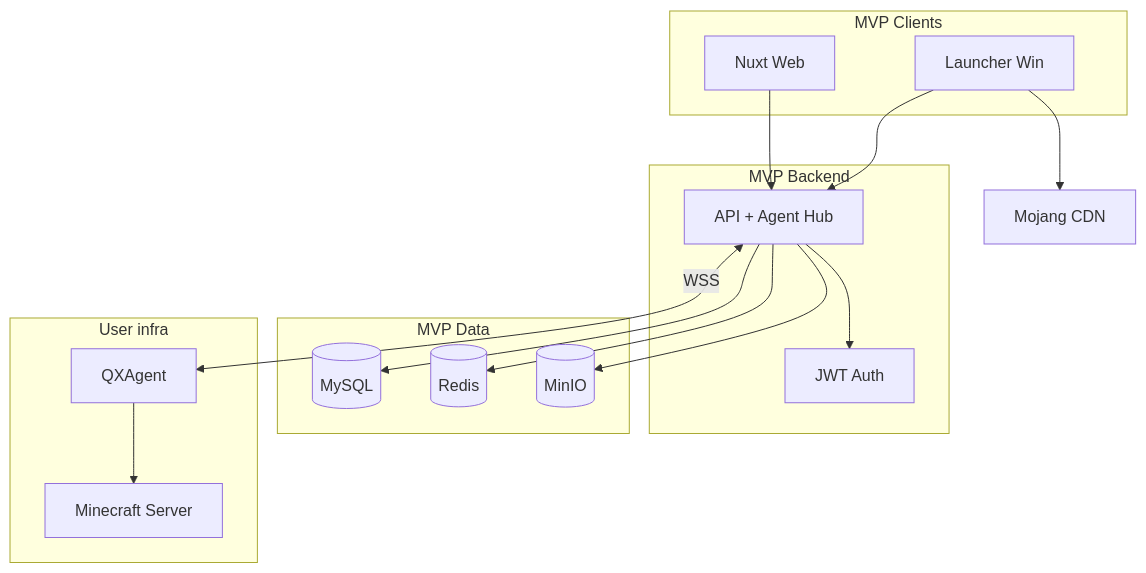
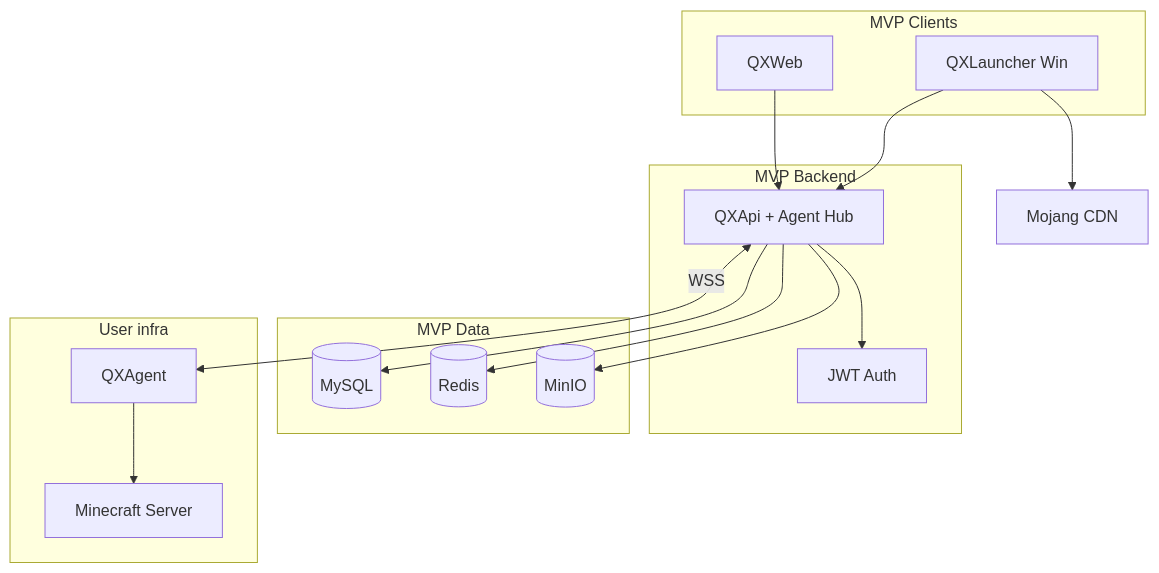
The first of 2 diagrams in docs/mvp.md (mindevis/qx-project), drawn with Mermaid before and after one commit. The commit also changed other lines of this file and 13 other files, not shown here.

````diff
--- a/docs/mvp.md
+++ b/docs/mvp.md
@@ -101,33 +102,33 @@
 ```mermaid
 flowchart TB
     subgraph mvp_clients [MVP Clients]
-        Web[Nuxt Web]
-        Launcher[Launcher Win]
+        Web[QXWeb]
+        Launcher[QXLauncher Win]
     end
 
     subgraph mvp_backend [MVP Backend]
-        API[API + Agent Hub]
+        API[QXApi + Agent Hub]
         Auth[JWT Auth]
     end
 
     subgraph mvp_data [MVP Data]
         MySQL[(MySQL)]
         Redis[(Redis)]
         MinIO[(MinIO)]
     end
 
     subgraph mvp_remote [User infra]
         Agent[QXAgent]
         MC[Minecraft Server]
     end
 
     Web --> API
     Launcher --> API
     API --> Auth
     API --> MySQL
     API --> Redis
     API --> MinIO
     API <-->|WSS| Agent
     Agent --> MC
     Launcher --> Mojang[Mojang CDN]
 ```
````
